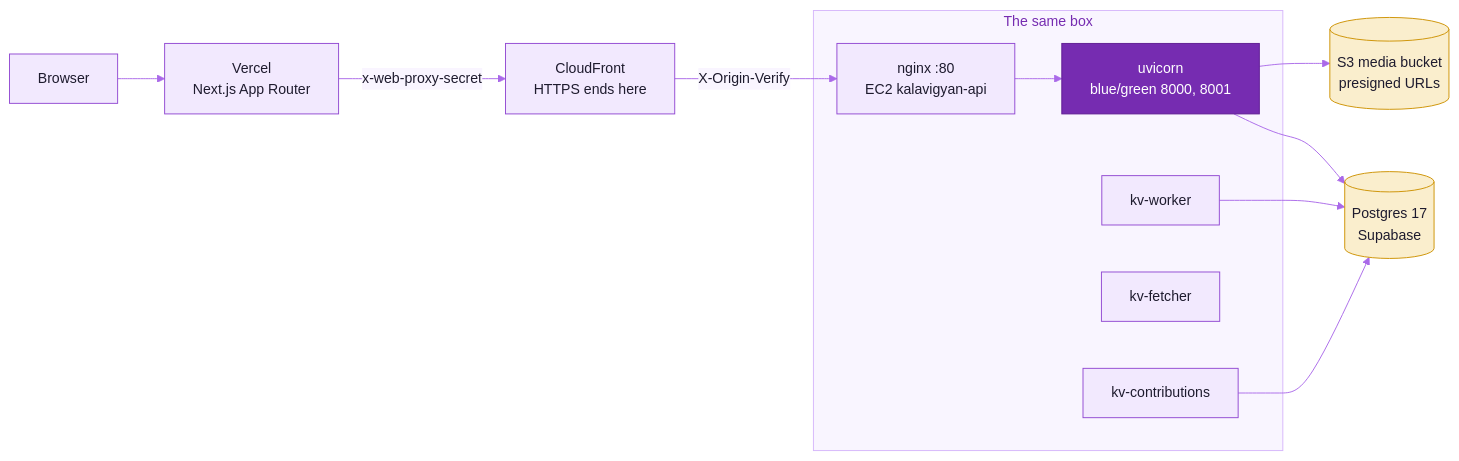
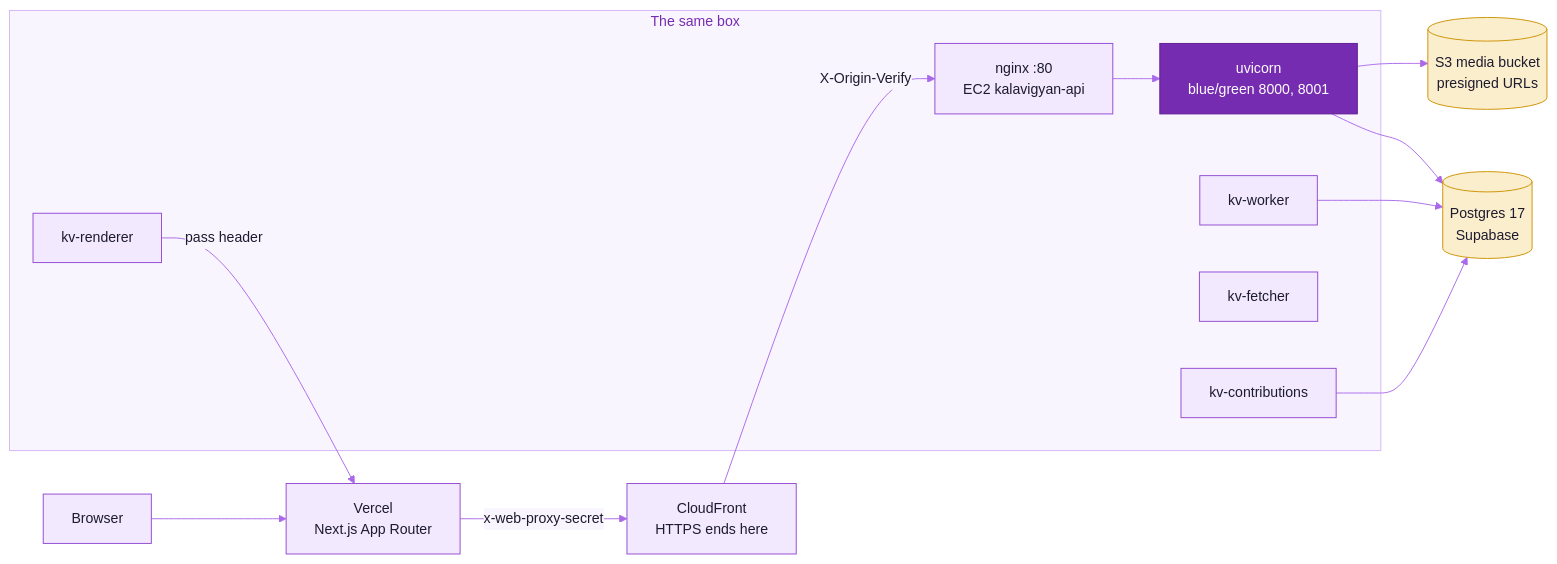
Before and after one commit to ankits1802/science-behind-craft: the first of 9 diagrams in docs/ARCHITECTURE.md, drawn with Mermaid. The commit also changed other lines of this file and 87 other files, not shown here.

````diff
--- a/docs/ARCHITECTURE.md
+++ b/docs/ARCHITECTURE.md
@@ -19,23 +19,25 @@
 ```mermaid
 %%{init: {"theme":"base","fontFamily":"Inter, ui-sans-serif, system-ui, -apple-system, Segoe UI, Roboto, Helvetica, Arial, sans-serif","themeVariables":{"fontSize":"15px","primaryColor":"#F2E9FE","primaryTextColor":"#1E1B2E","primaryBorderColor":"#9148D2","secondaryColor":"#FAEECD","secondaryTextColor":"#1E1B2E","secondaryBorderColor":"#CD9200","tertiaryColor":"#F3F1FA","tertiaryTextColor":"#1E1B2E","tertiaryBorderColor":"#A7A3BC","mainBkg":"#F2E9FE","nodeBorder":"#9148D2","nodeTextColor":"#1E1B2E","lineColor":"#AA69E9","textColor":"#857F9E","edgeLabelBackground":"#F9F5FF","clusterBkg":"#F9F5FF","clusterBorder":"#D6B6FB","titleColor":"#762CB1"}}}%%
 flowchart LR
   B["Browser"] --> V["Vercel<br/>Next.js App Router"]
   V -->|x-web-proxy-secret| CF["CloudFront<br/>HTTPS ends here"]
   CF -->|X-Origin-Verify| NG["nginx :80<br/>EC2 kalavigyan-api"]
   NG --> API["uvicorn<br/>blue/green 8000, 8001"]
   API --> PG[("Postgres 17<br/>Supabase")]
   API --> S3[("S3 media bucket<br/>presigned URLs")]
   subgraph Box["The same box"]
     NG
     API
     WK["kv-worker"]
     FE["kv-fetcher"]
     CW["kv-contributions"]
+    RD["kv-renderer"]
   end
+  RD -->|pass header| V
   WK --> PG
   CW --> PG
   classDef accent fill:#762CB1,stroke:#5F1C93,color:#FFFFFF
   classDef gold fill:#FAEECD,stroke:#CD9200,color:#1E1B2E
   class API accent
   class PG,S3 gold
 ```
````
